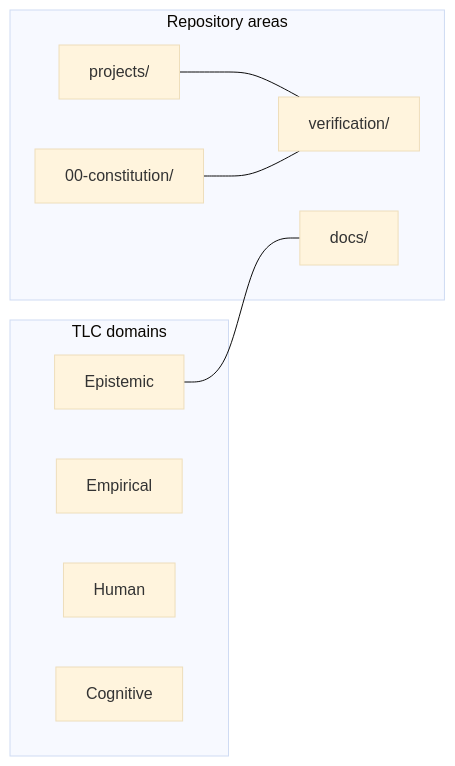
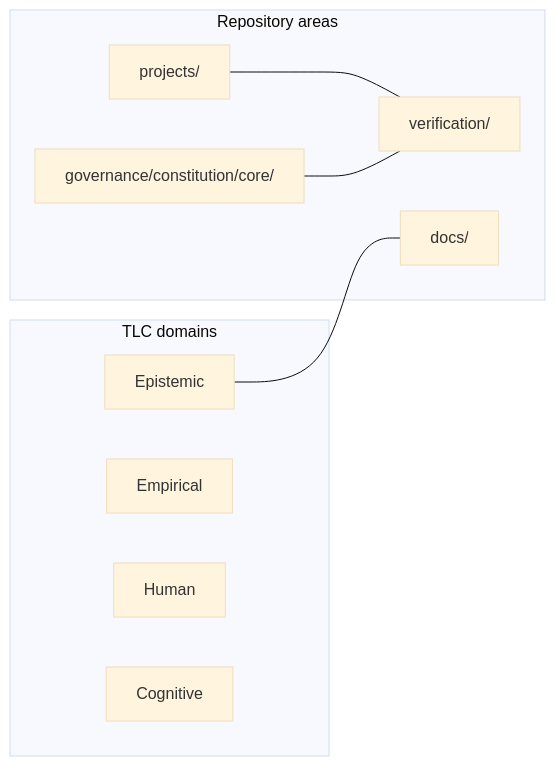
Before and after one commit to coreyalejandro/the-living-constitution: the diagram in docs/front-door/diagram-sources/system-graph.mmd, drawn with Mermaid (base theme). The commit also changed 187 other files, not shown here.

First line of the commit message:
refactor(repo): align filesystem layout to control-plane architecture

```diff
--- a/docs/front-door/diagram-sources/system-graph.mmd
+++ b/docs/front-door/diagram-sources/system-graph.mmd
@@ -1,18 +1,18 @@
 flowchart LR
   subgraph Domains["TLC domains"]
     EPI[Epistemic]
     EMP[Empirical]
     HUM[Human]
     COG[Cognitive]
   end
 
   subgraph Repo["Repository areas"]
     PR[projects/]
     VER[verification/]
-    CON[00-constitution/]
+    CON[governance/constitution/core/]
     DOC[docs/]
   end
 
   EPI --- DOC
   PR --- VER
   CON --- VER
```
